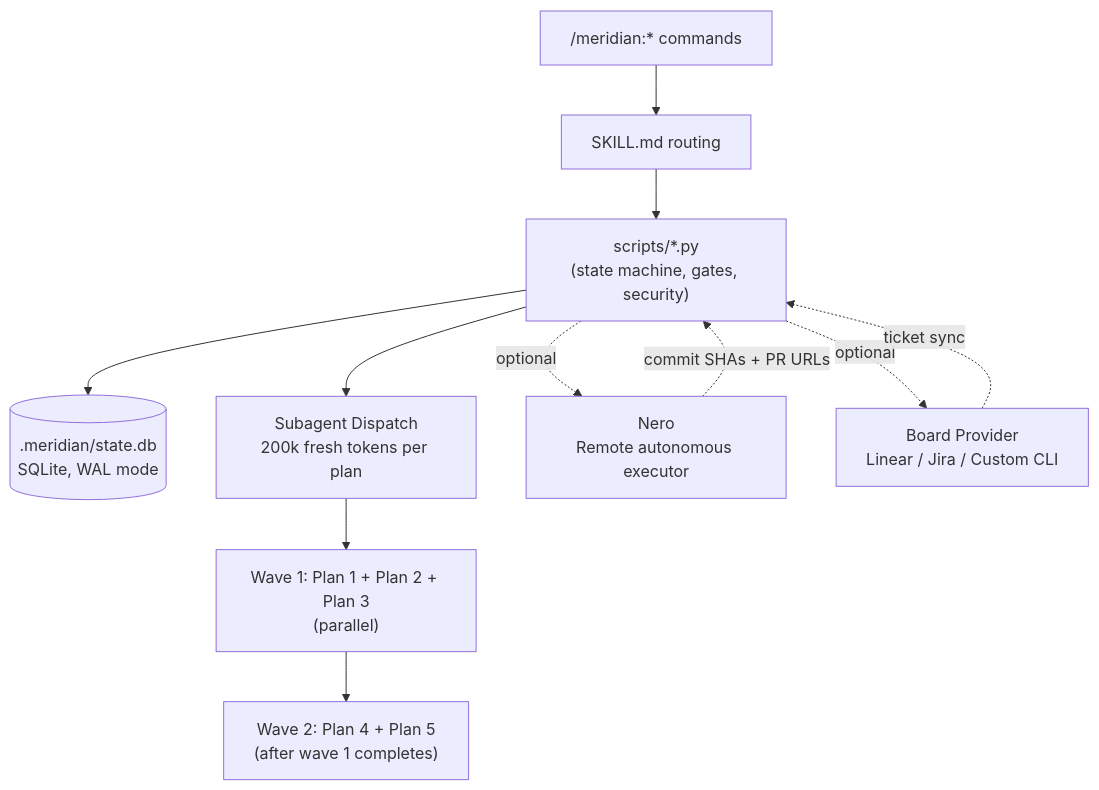
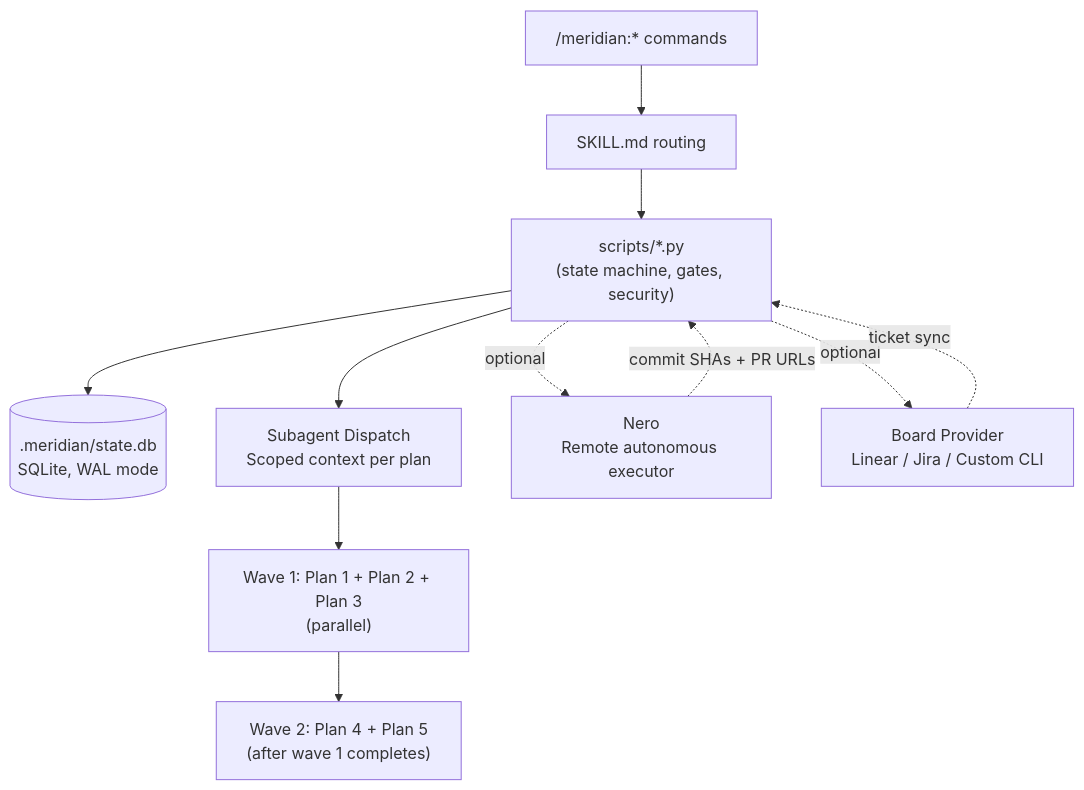
One commit to mattjaikaran/meridian changed the first of 4 diagrams in README.md. Above: the diagram before and after it, drawn with Mermaid. The commit also changed other lines of this file and 5 other files, not shown here.

````diff
--- a/README.md
+++ b/README.md
@@ -85,16 +85,16 @@
 ```mermaid
 graph TB
     User["/meridian:* commands"] --> Skills["SKILL.md routing"]
     Skills --> Scripts["scripts/*.py<br/>(state machine, gates, security)"]
     Scripts --> DB[(".meridian/state.db<br/>SQLite, WAL mode")]
-    Scripts --> Agents["Subagent Dispatch<br/>200k fresh tokens per plan"]
+    Scripts --> Agents["Subagent Dispatch<br/>Scoped context per plan"]
 
     Agents --> W1["Wave 1: Plan 1 + Plan 2 + Plan 3<br/>(parallel)"]
     W1 --> W2["Wave 2: Plan 4 + Plan 5<br/>(after wave 1 completes)"]
 
     Scripts -.->|"optional"| Nero["Nero<br/>Remote autonomous executor"]
     Scripts -.->|"optional"| Board["Board Provider<br/>Linear / Jira / Custom CLI"]
 
     Nero -.->|"commit SHAs + PR URLs"| Scripts
     Board -.->|"ticket sync"| Scripts
 ```
````
